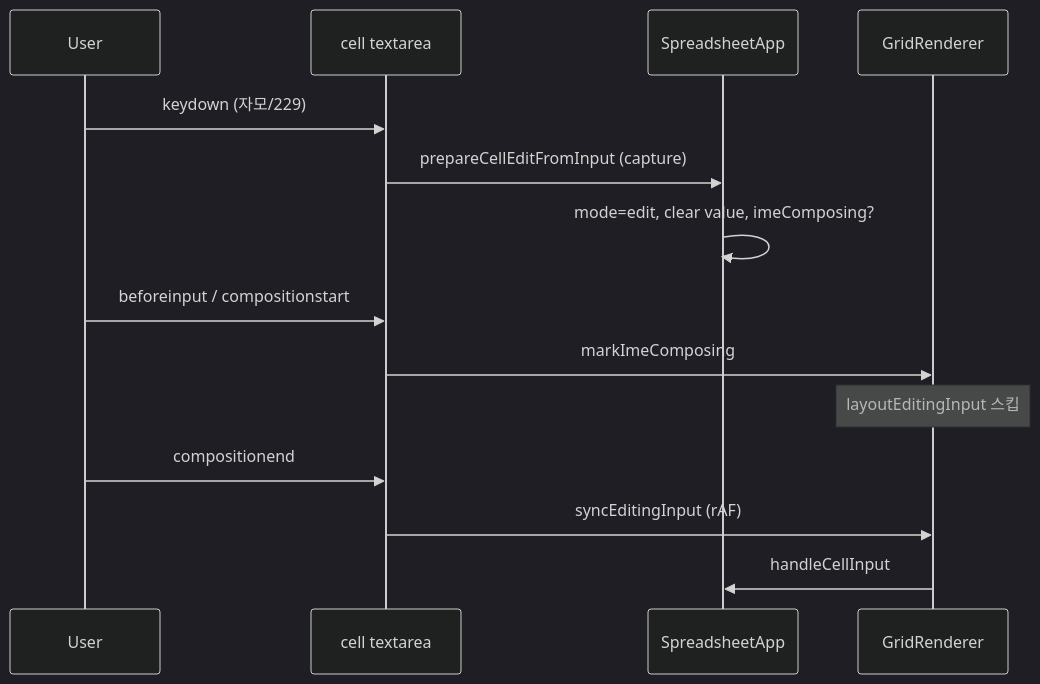
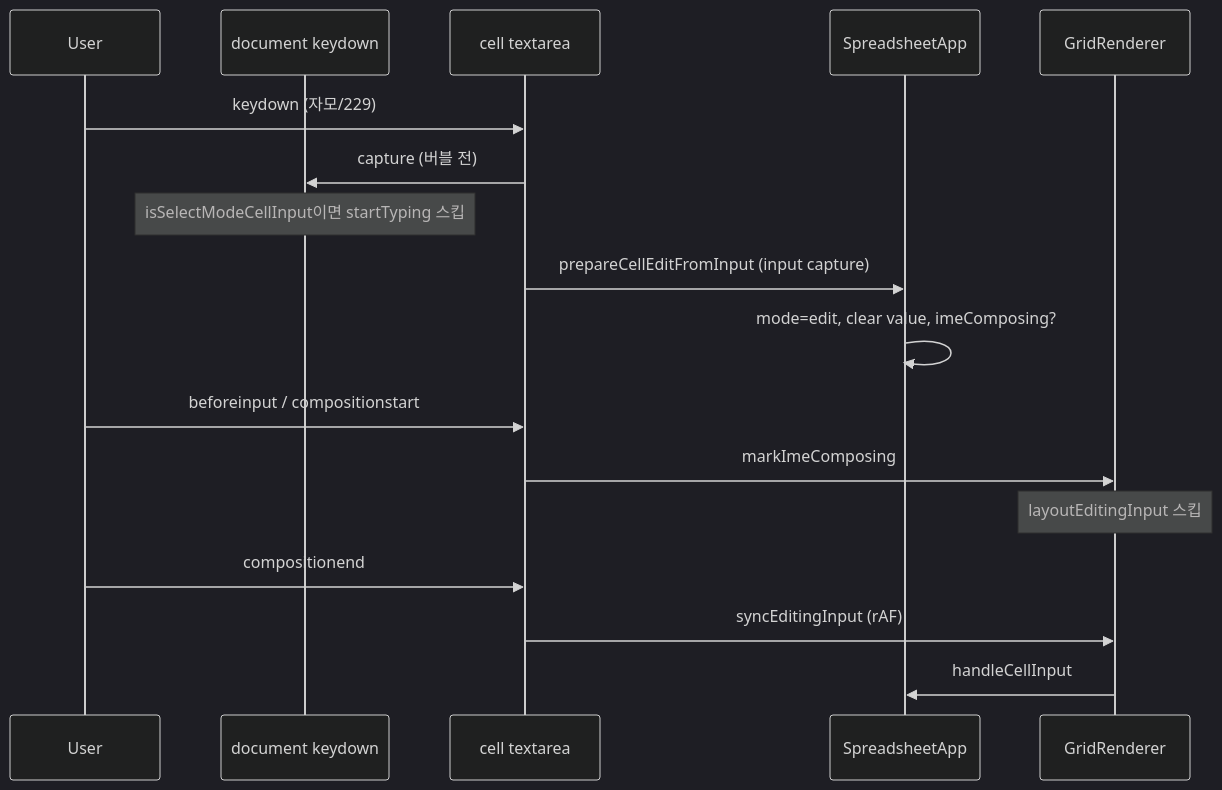
Before and after one commit to nuuco/mini-spread-sheet: the diagram in docs/TROUBLESHOOTING_KOREAN_IME.md, drawn with Mermaid (dark theme). The commit also changed other lines of this file and 3 other files, not shown here.

Commit message:
선택 모드에서 한글 첫 입력 중복 문제 해결: 활성 셀에서 `startTypingInActiveCell`과 IME의 동시 입력으로 발생하는 중복 입력 현상을 수정했습니다. 관련 문서에 변경 사항 반영.

````diff
--- a/docs/TROUBLESHOOTING_KOREAN_IME.md
+++ b/docs/TROUBLESHOOTING_KOREAN_IME.md
@@ -99,17 +128,20 @@
 ```mermaid
 sequenceDiagram
   participant User
+  participant Doc as document keydown
   participant Input as cell textarea
   participant App as SpreadsheetApp
   participant GR as GridRenderer
 
   User->>Input: keydown (자모/229)
-  Input->>App: prepareCellEditFromInput (capture)
+  Input->>Doc: capture (버블 전)
+  Note over Doc: isSelectModeCellInput이면 startTyping 스킵
+  Input->>App: prepareCellEditFromInput (input capture)
   App->>App: mode=edit, clear value, imeComposing?
   User->>Input: beforeinput / compositionstart
   Input->>GR: markImeComposing
   Note over GR: layoutEditingInput 스킵
   User->>Input: compositionend
   Input->>GR: syncEditingInput (rAF)
   GR->>App: handleCellInput
 ```
````
